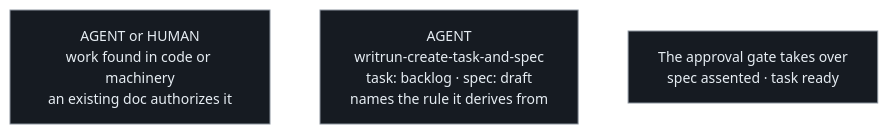
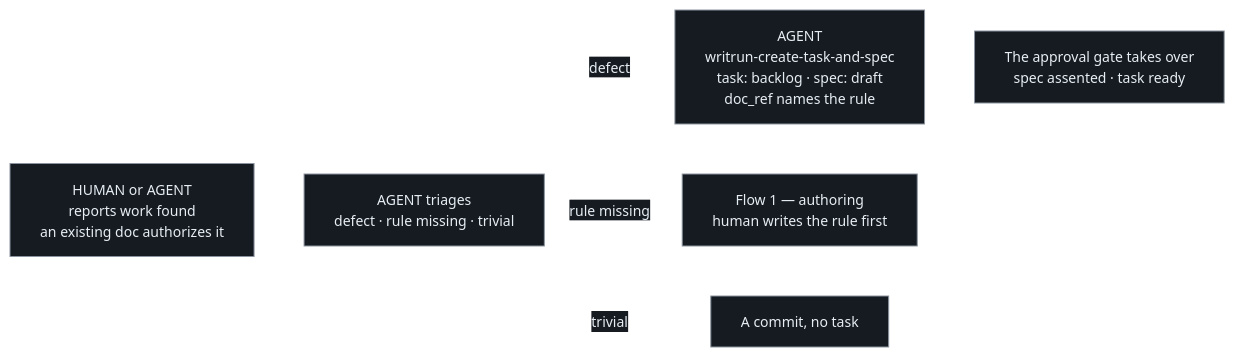
Before and after one commit to thomasfranke/writrun: the second of 2 diagrams in docs/product/stage-1-tasks-and-specs/authoring.md, drawn with Mermaid. The commit also changed other lines of this file and 7 other files, not shown here.

````diff
--- a/docs/product/stage-1-tasks-and-specs/authoring.md
+++ b/docs/product/stage-1-tasks-and-specs/authoring.md
@@ -106,8 +122,11 @@
 ```mermaid
 %%{init: {'theme':'base','themeVariables':{'background':'#0d1117','primaryColor':'#161b22','primaryTextColor':'#e6edf3','primaryBorderColor':'#8b949e','lineColor':'#ffffff','secondaryColor':'#161b22','tertiaryColor':'#161b22','fontSize':'14px'}}}%%
 flowchart LR
-    A["AGENT or HUMAN<br/>work found in code or machinery<br/>an existing doc authorizes it"]
-    B["AGENT<br/>writrun-create-task-and-spec<br/>task: backlog · spec: draft<br/>names the rule it derives from"]
-    C["The approval gate takes over<br/>spec assented · task ready"]
-    A --> B --> C
+    A["HUMAN or AGENT<br/>reports work found<br/>an existing doc authorizes it"]
+    B["AGENT triages<br/>defect · rule missing · trivial"]
+    C["AGENT<br/>writrun-create-task-and-spec<br/>task: backlog · spec: draft<br/>doc_ref names the rule"]
+    D["The approval gate takes over<br/>spec assented · task ready"]
+    A --> B -->|"defect"| C --> D
+    B -->|"rule missing"| E["Flow 1 — authoring<br/>human writes the rule first"]
+    B -->|"trivial"| F["A commit, no task"]
 ```
````
